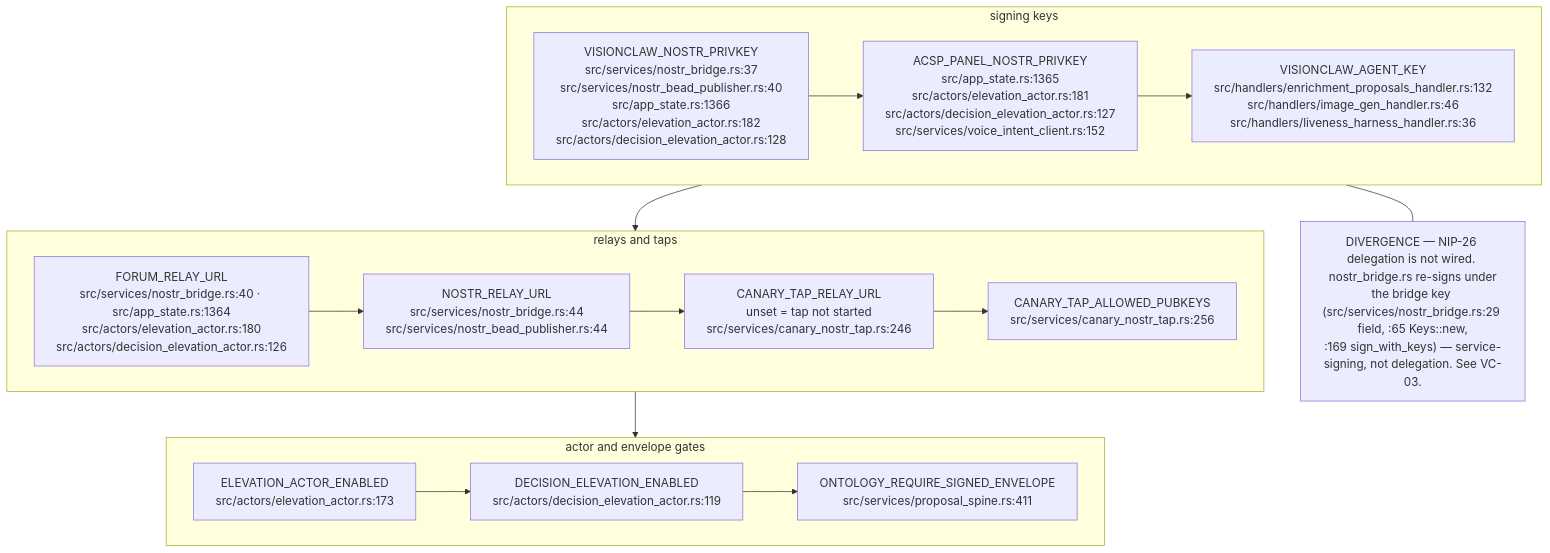
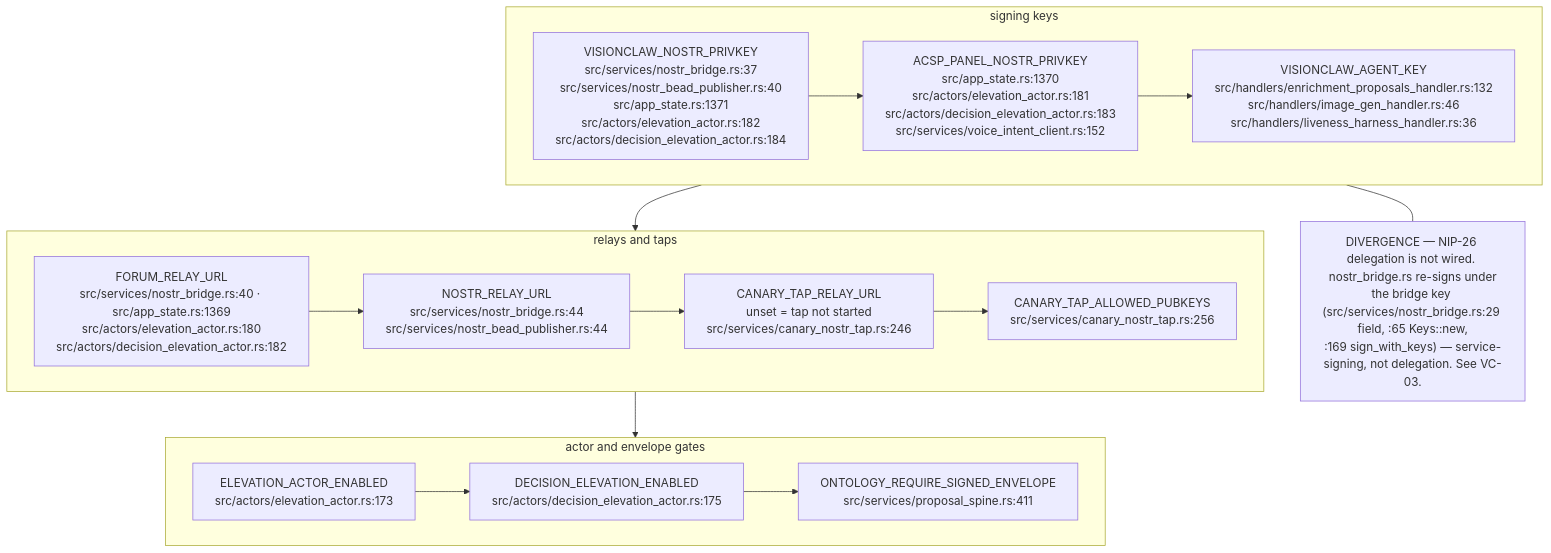
One commit to DreamLab-AI/AR-AI-Knowledge-Graph changed the tenth of 15 diagrams in docs/diagrams/visionclaw/09-config-and-env-flags.md. Above: the diagram before and after it, drawn with Mermaid. The commit also changed other lines of this file and 73 other files, not shown here.

First line of the commit message:
docs(diagrams): re-verify all 71 topic files against HEAD; add --cite-check

````diff
--- a/docs/diagrams/visionclaw/09-config-and-env-flags.md
+++ b/docs/diagrams/visionclaw/09-config-and-env-flags.md
@@ -422,15 +422,15 @@
 ```mermaid
 flowchart TB
     subgraph KEYS["signing keys"]
-        K1["VISIONCLAW_NOSTR_PRIVKEY<br/>src/services/nostr_bridge.rs:37<br/>src/services/nostr_bead_publisher.rs:40<br/>src/app_state.rs:1366<br/>src/actors/elevation_actor.rs:182<br/>src/actors/decision_elevation_actor.rs:128"] --> K2["ACSP_PANEL_NOSTR_PRIVKEY<br/>src/app_state.rs:1365<br/>src/actors/elevation_actor.rs:181<br/>src/actors/decision_elevation_actor.rs:127<br/>src/services/voice_intent_client.rs:152"] --> K3["VISIONCLAW_AGENT_KEY<br/>src/handlers/enrichment_proposals_handler.rs:132<br/>src/handlers/image_gen_handler.rs:46<br/>src/handlers/liveness_harness_handler.rs:36"]
+        K1["VISIONCLAW_NOSTR_PRIVKEY<br/>src/services/nostr_bridge.rs:37<br/>src/services/nostr_bead_publisher.rs:40<br/>src/app_state.rs:1371<br/>src/actors/elevation_actor.rs:182<br/>src/actors/decision_elevation_actor.rs:184"] --> K2["ACSP_PANEL_NOSTR_PRIVKEY<br/>src/app_state.rs:1370<br/>src/actors/elevation_actor.rs:181<br/>src/actors/decision_elevation_actor.rs:183<br/>src/services/voice_intent_client.rs:152"] --> K3["VISIONCLAW_AGENT_KEY<br/>src/handlers/enrichment_proposals_handler.rs:132<br/>src/handlers/image_gen_handler.rs:46<br/>src/handlers/liveness_harness_handler.rs:36"]
     end
     subgraph RELAYS["relays and taps"]
-        R1["FORUM_RELAY_URL<br/>src/services/nostr_bridge.rs:40 · src/app_state.rs:1364<br/>src/actors/elevation_actor.rs:180<br/>src/actors/decision_elevation_actor.rs:126"] --> R2["NOSTR_RELAY_URL<br/>src/services/nostr_bridge.rs:44<br/>src/services/nostr_bead_publisher.rs:44"] --> R3["CANARY_TAP_RELAY_URL<br/>unset = tap not started<br/>src/services/canary_nostr_tap.rs:246"] --> R4["CANARY_TAP_ALLOWED_PUBKEYS<br/>src/services/canary_nostr_tap.rs:256"]
+        R1["FORUM_RELAY_URL<br/>src/services/nostr_bridge.rs:40 · src/app_state.rs:1369<br/>src/actors/elevation_actor.rs:180<br/>src/actors/decision_elevation_actor.rs:182"] --> R2["NOSTR_RELAY_URL<br/>src/services/nostr_bridge.rs:44<br/>src/services/nostr_bead_publisher.rs:44"] --> R3["CANARY_TAP_RELAY_URL<br/>unset = tap not started<br/>src/services/canary_nostr_tap.rs:246"] --> R4["CANARY_TAP_ALLOWED_PUBKEYS<br/>src/services/canary_nostr_tap.rs:256"]
     end
     subgraph GATES["actor and envelope gates"]
-        G1["ELEVATION_ACTOR_ENABLED<br/>src/actors/elevation_actor.rs:173"] --> G2["DECISION_ELEVATION_ENABLED<br/>src/actors/decision_elevation_actor.rs:119"] --> G3["ONTOLOGY_REQUIRE_SIGNED_ENVELOPE<br/>src/services/proposal_spine.rs:411"]
+        G1["ELEVATION_ACTOR_ENABLED<br/>src/actors/elevation_actor.rs:173"] --> G2["DECISION_ELEVATION_ENABLED<br/>src/actors/decision_elevation_actor.rs:175"] --> G3["ONTOLOGY_REQUIRE_SIGNED_ENVELOPE<br/>src/services/proposal_spine.rs:411"]
     end
     KEYS --> RELAYS --> GATES
     N3["DIVERGENCE — NIP-26 delegation is not wired. nostr_bridge.rs re-signs under<br/>the bridge key (src/services/nostr_bridge.rs:29 field, :65 Keys::new,<br/>:169 sign_with_keys) — service-signing, not delegation. See VC-03."]
     KEYS --- N3
 ```
````
